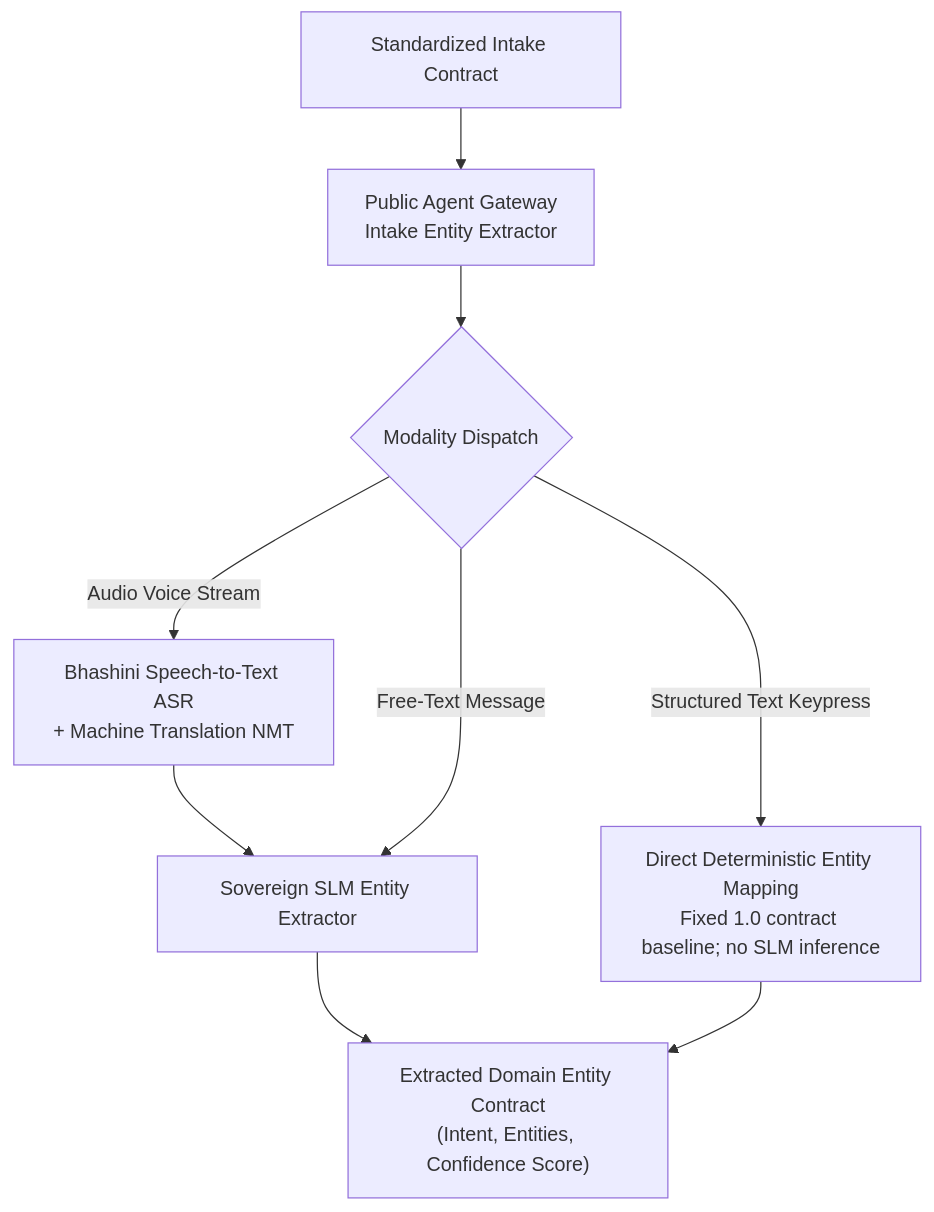
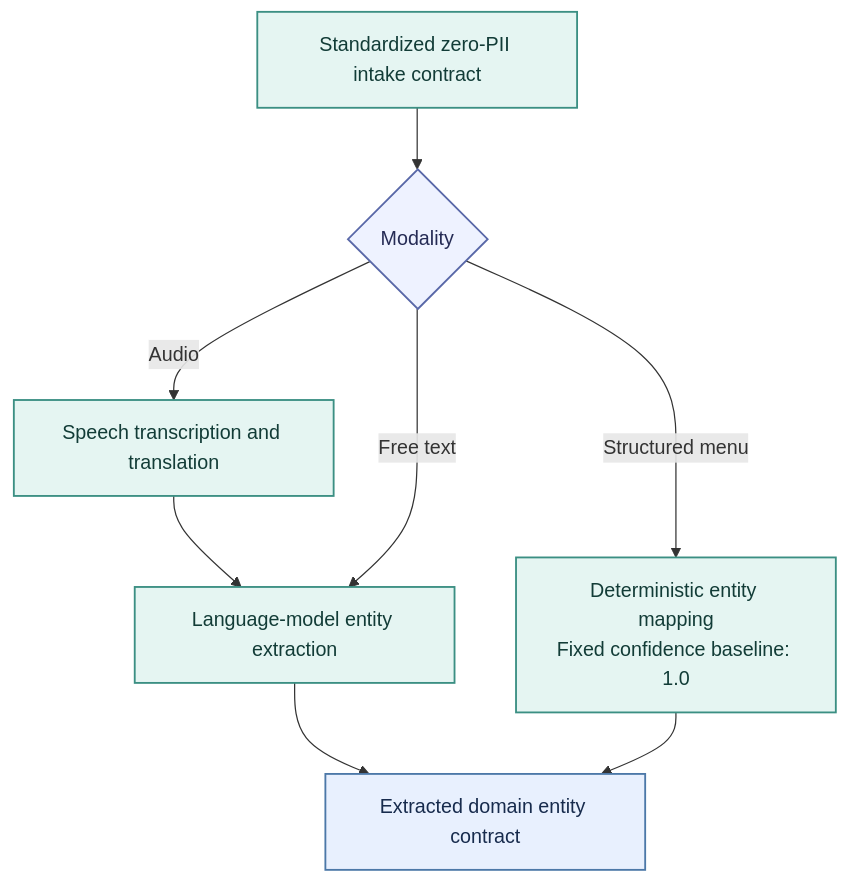
The fourth of 7 diagrams in docs/end_to_end_code_flow.md (gargmishu/agristack-dbt-core), drawn with Mermaid before and after one commit. The commit also changed other lines of this file, not shown here.

````diff
--- a/docs/end_to_end_code_flow.md
+++ b/docs/end_to_end_code_flow.md
@@ -117,13 +139,16 @@
 ```mermaid
 flowchart TD
-    H["Standardized Intake Contract"] --> I["Public Agent Gateway<br/>Intake Entity Extractor"]
-
-    I --> O{"Modality Dispatch"}
-    O -- "Audio Voice Stream" --> P["Bhashini Speech-to-Text ASR<br/>+ Machine Translation NMT"]
-    P --> Q["Sovereign SLM Entity Extractor"]
-    O -- "Structured Text Keypress" --> R["Direct Deterministic Entity Mapping<br/>Fixed 1.0 contract baseline; no SLM inference"]
-    O -- "Free-Text Message" --> Q
-
-    Q --> S["Extracted Domain Entity Contract<br/>(Intent, Entities, Confidence Score)"]
-    R --> S
+    A["Standardized zero-PII intake contract"] --> B{"Modality"}
+    B -- "Audio" --> C["Speech transcription and translation"]
+    C --> D["Language-model entity extraction"]
+    B -- "Free text" --> D
+    B -- "Structured menu" --> E["Deterministic entity mapping<br/>Fixed confidence baseline: 1.0"]
+    D --> F["Extracted domain entity contract"]
+    E --> F
+    classDef intake fill:#e5f5f2,stroke:#3b8f83,color:#123c37,stroke-width:1.5px
+    classDef contract fill:#e8f0fe,stroke:#4c78a8,color:#172b4d,stroke-width:1.5px
+    classDef governance fill:#eef2ff,stroke:#5968a8,color:#252b55,stroke-width:1.5px
+    class A,C,D,E intake
+    class B governance
+    class F contract
 ```
````
